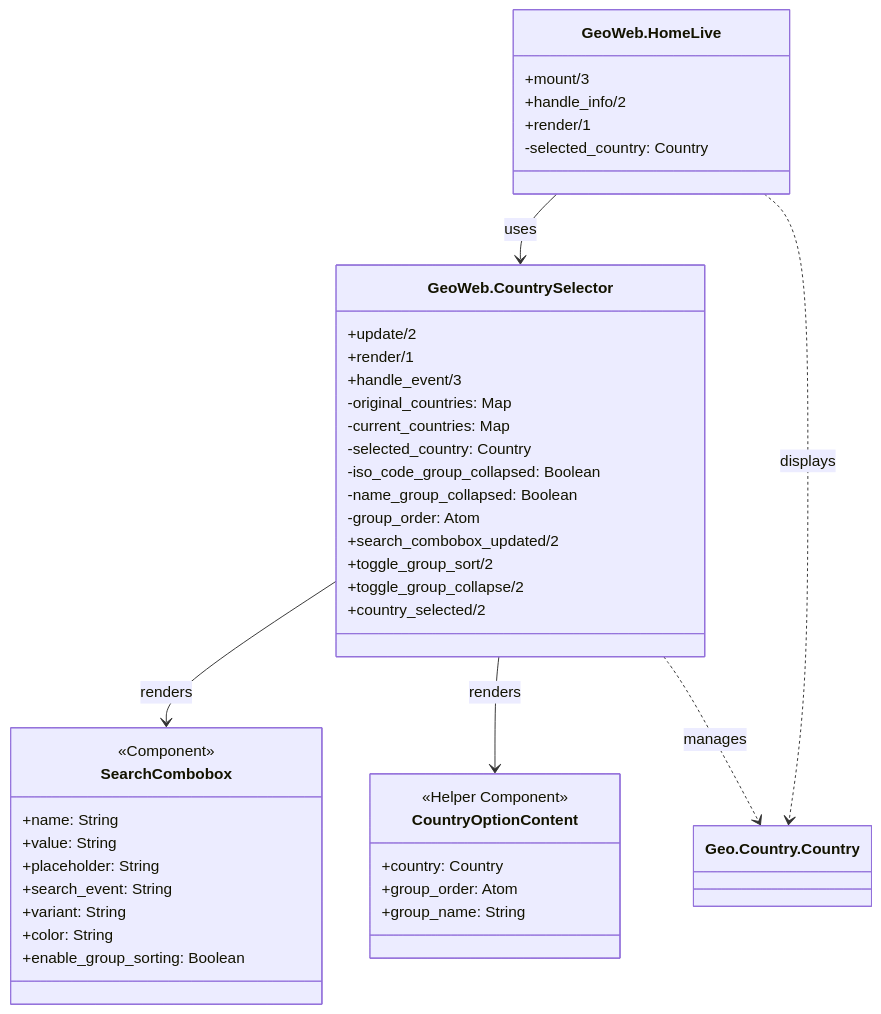
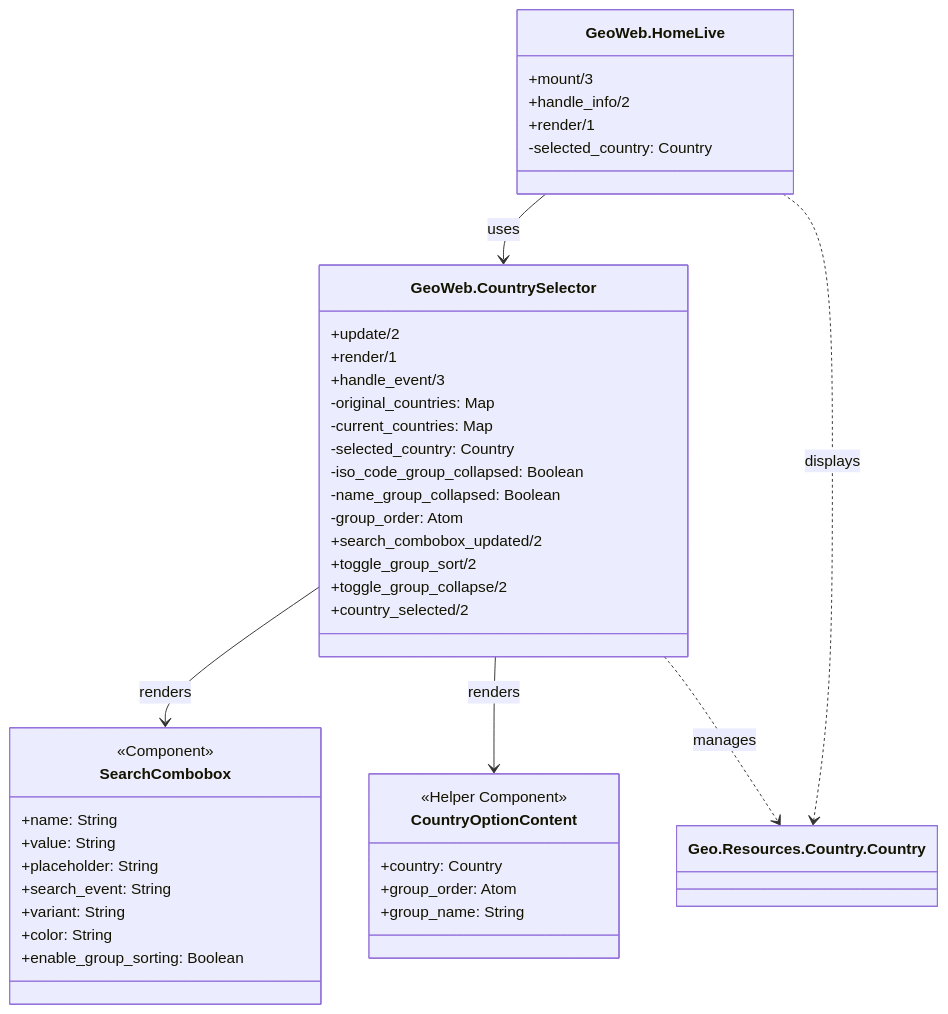
Before and after one commit to dev-guy/geo: the third of 6 diagrams in README.md, drawn with Mermaid. The commit also changed other lines of this file and 28 other files, not shown here.

````diff
--- a/README.md
+++ b/README.md
@@ -124,49 +140,49 @@
 ```mermaid
 classDiagram
     class GeoWeb.HomeLive {
         +mount/3
         +handle_info/2
         +render/1
         -selected_country: Country
     }
     
     class GeoWeb.CountrySelector {
         +update/2
         +render/1
         +handle_event/3
         -original_countries: Map
         -current_countries: Map
         -selected_country: Country
         -iso_code_group_collapsed: Boolean
         -name_group_collapsed: Boolean
         -group_order: Atom
         +search_combobox_updated/2
         +toggle_group_sort/2
         +toggle_group_collapse/2
         +country_selected/2
     }
     
     class SearchCombobox {
         <<Component>>
         +name: String
         +value: String
         +placeholder: String
         +search_event: String
         +variant: String
         +color: String
         +enable_group_sorting: Boolean
     }
     
     class CountryOptionContent {
         <<Helper Component>>
         +country: Country
         +group_order: Atom
         +group_name: String
     }
     
     GeoWeb.HomeLive --> GeoWeb.CountrySelector : uses
     GeoWeb.CountrySelector --> SearchCombobox : renders
     GeoWeb.CountrySelector --> CountryOptionContent : renders
-    GeoWeb.HomeLive ..> Geo.Country.Country : displays
-    GeoWeb.CountrySelector ..> Geo.Country.Country : manages
+    GeoWeb.HomeLive ..> Geo.Resources.Country.Country : displays
+    GeoWeb.CountrySelector ..> Geo.Resources.Country.Country : manages
 ```
````
